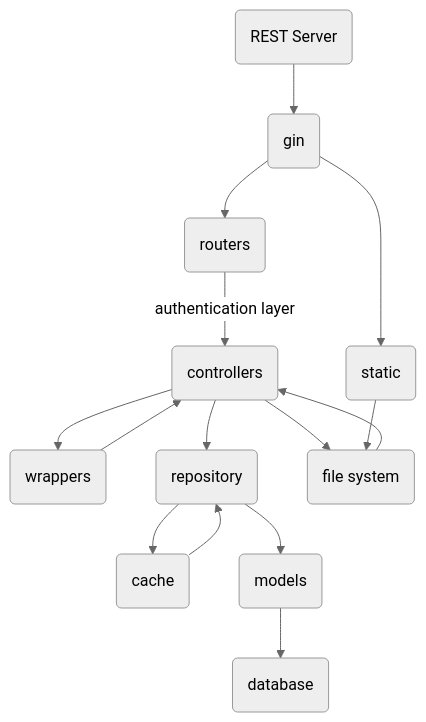
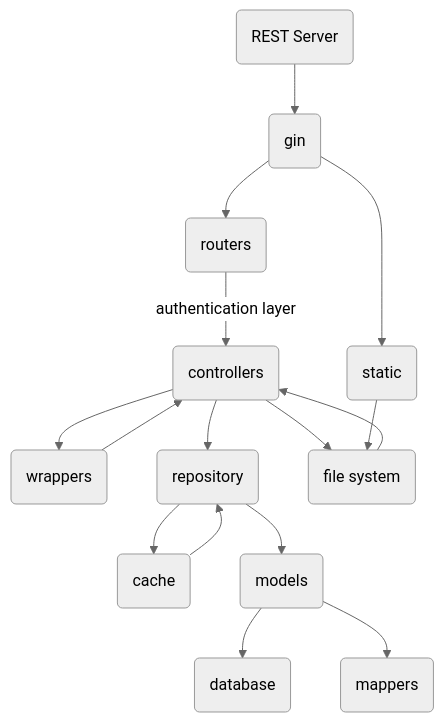
The diagram in repo_setup/docs/api_layer.md (fayaz07/go-rest-starter), drawn with Mermaid (neutral theme) before and after one commit. The commit also changed other lines of this file and 6 other files, not shown here.

````diff
--- a/repo_setup/docs/api_layer.md
+++ b/repo_setup/docs/api_layer.md
@@ -14,17 +15,18 @@
 ```mermaid
 graph TD
 
     A(REST Server) --> B(gin)
     B --> C(routers)
     C --> |authentication layer| D(controllers)
     D --> E(wrappers)
     E --> D
     D --> F(repository)
     F --> I(cache)
     I --> F
     F --> G(models) --> H(database)
+    G --> L(mappers)
     D --> J(file system)
     J --> D
     B --> K(static)
     K --> J
 ```
````
